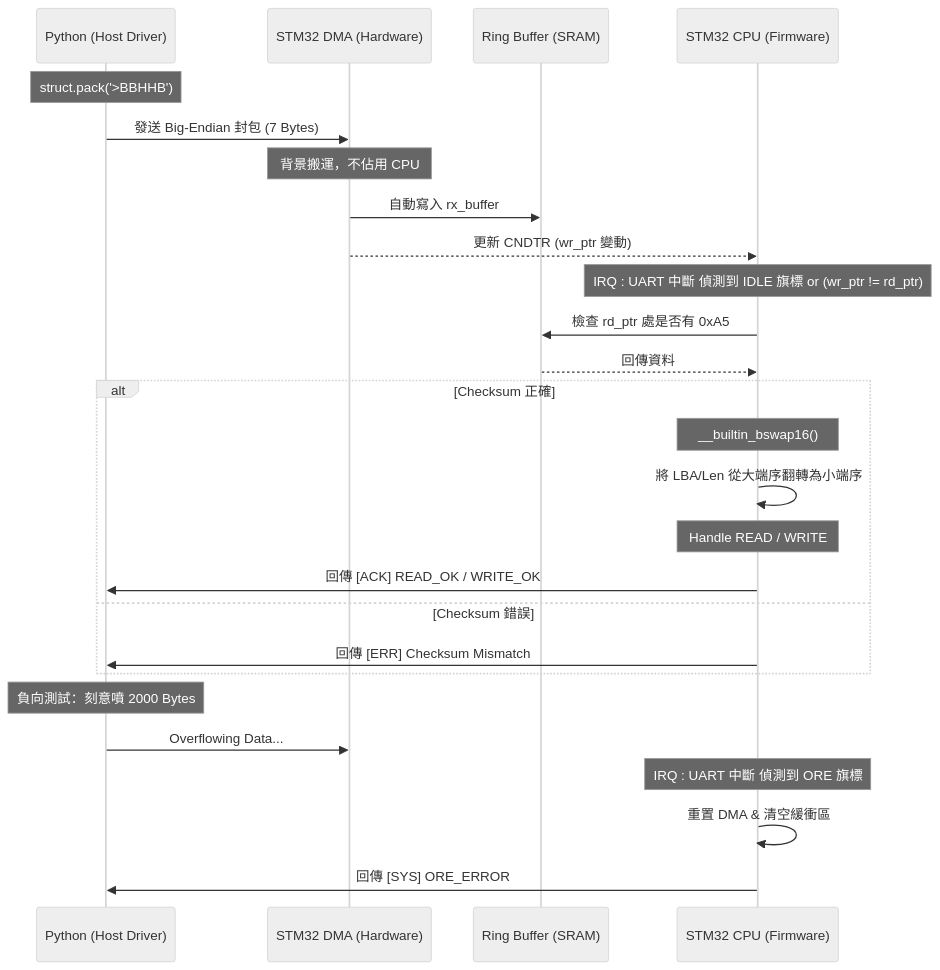
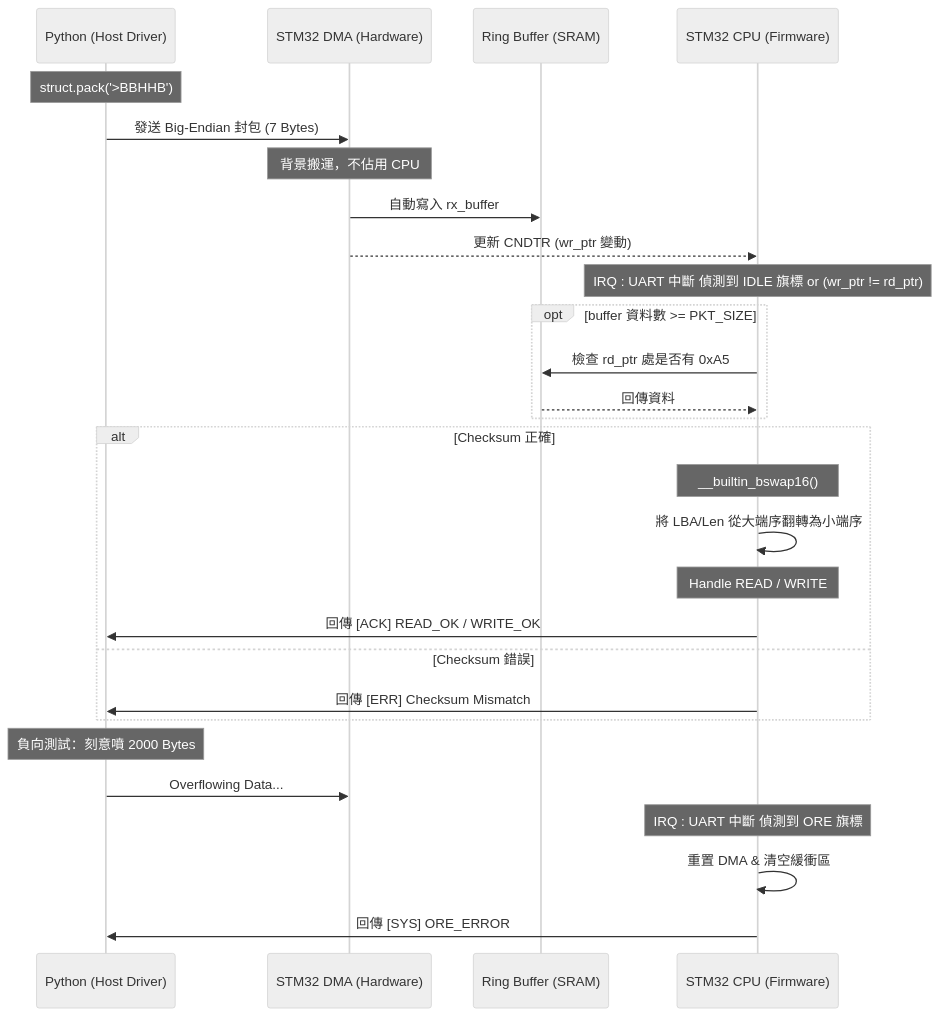
Before and after one commit to PlusRon/Firmware-STM32-SSD-Emulator: the second of 3 diagrams in README_FILE/Mermaid_Diagram/NVMe_Protocol_Architecture.md, drawn with Mermaid (neutral theme).

````diff
--- a/README_FILE/Mermaid_Diagram/NVMe_Protocol_Architecture.md
+++ b/README_FILE/Mermaid_Diagram/NVMe_Protocol_Architecture.md
@@ -37,35 +37,38 @@
 ```mermaid
 sequenceDiagram
     participant Host as Python (Host Driver)
     participant DMA as STM32 DMA (Hardware)
     participant Buffer as Ring Buffer (SRAM)
     participant CPU as STM32 CPU (Firmware)
 
     Note over Host: struct.pack('>BBHHB')
     Host->>DMA: 發送 Big-Endian 封包 (7 Bytes)
     
     Note over DMA: 背景搬運，不佔用 CPU
     DMA->>Buffer: 自動寫入 rx_buffer
     DMA-->>CPU: 更新 CNDTR (wr_ptr 變動)
     Note over CPU: IRQ : UART 中斷 偵測到 IDLE 旗標 or (wr_ptr != rd_ptr)
 
-    CPU->>Buffer: 檢查 rd_ptr 處是否有 0xA5
-    Buffer-->>CPU: 回傳資料
+    opt buffer 資料數 >= PKT_SIZE
+        CPU->>Buffer: 檢查 rd_ptr 處是否有 0xA5
+        Buffer-->>CPU: 回傳資料
+    end
+    
     
     alt Checksum 正確
         Note over CPU: __builtin_bswap16()
         CPU->>CPU: 將 LBA/Len 從大端序翻轉為小端序
         Note over CPU: Handle READ / WRITE
         CPU->>Host: 回傳 [ACK] READ_OK / WRITE_OK
     else Checksum 錯誤
         CPU->>Host: 回傳 [ERR] Checksum Mismatch
     end
 
     
 
     Note over Host: 負向測試：刻意噴 2000 Bytes
     Host->>DMA: Overflowing Data...
     Note over CPU: IRQ : UART 中斷 偵測到 ORE 旗標
     CPU->>CPU: 重置 DMA & 清空緩衝區
     CPU->>Host: 回傳 [SYS] ORE_ERROR
 ```
````
